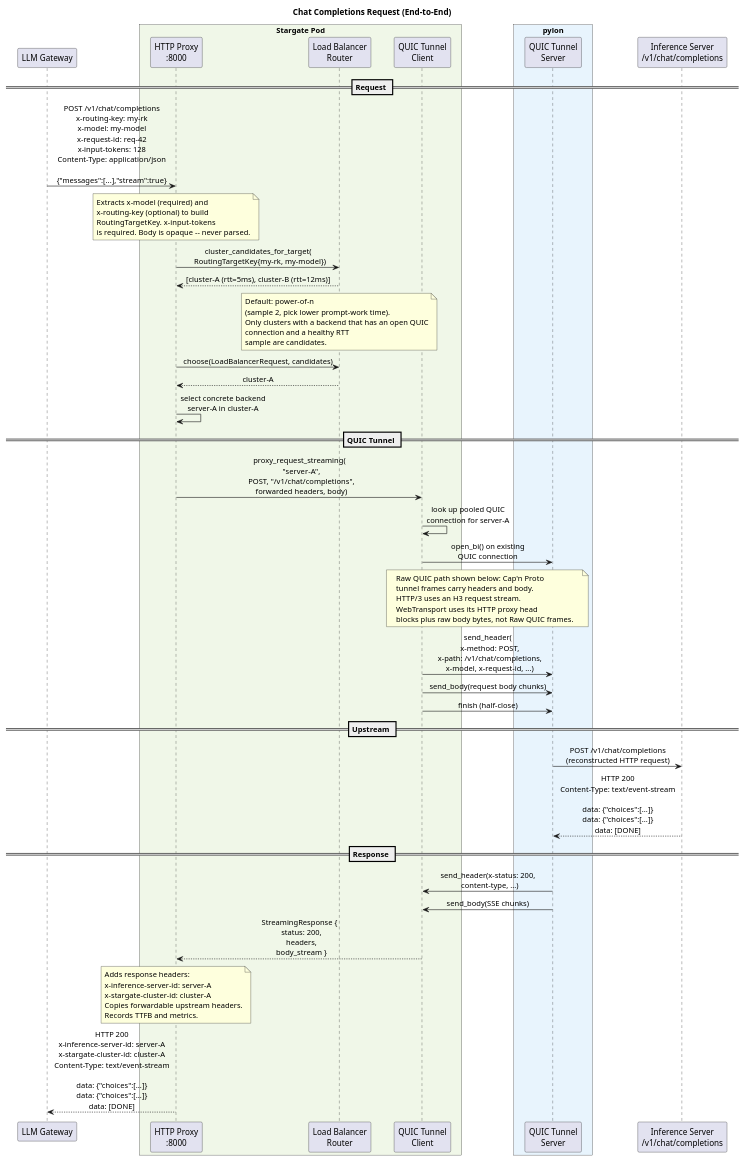
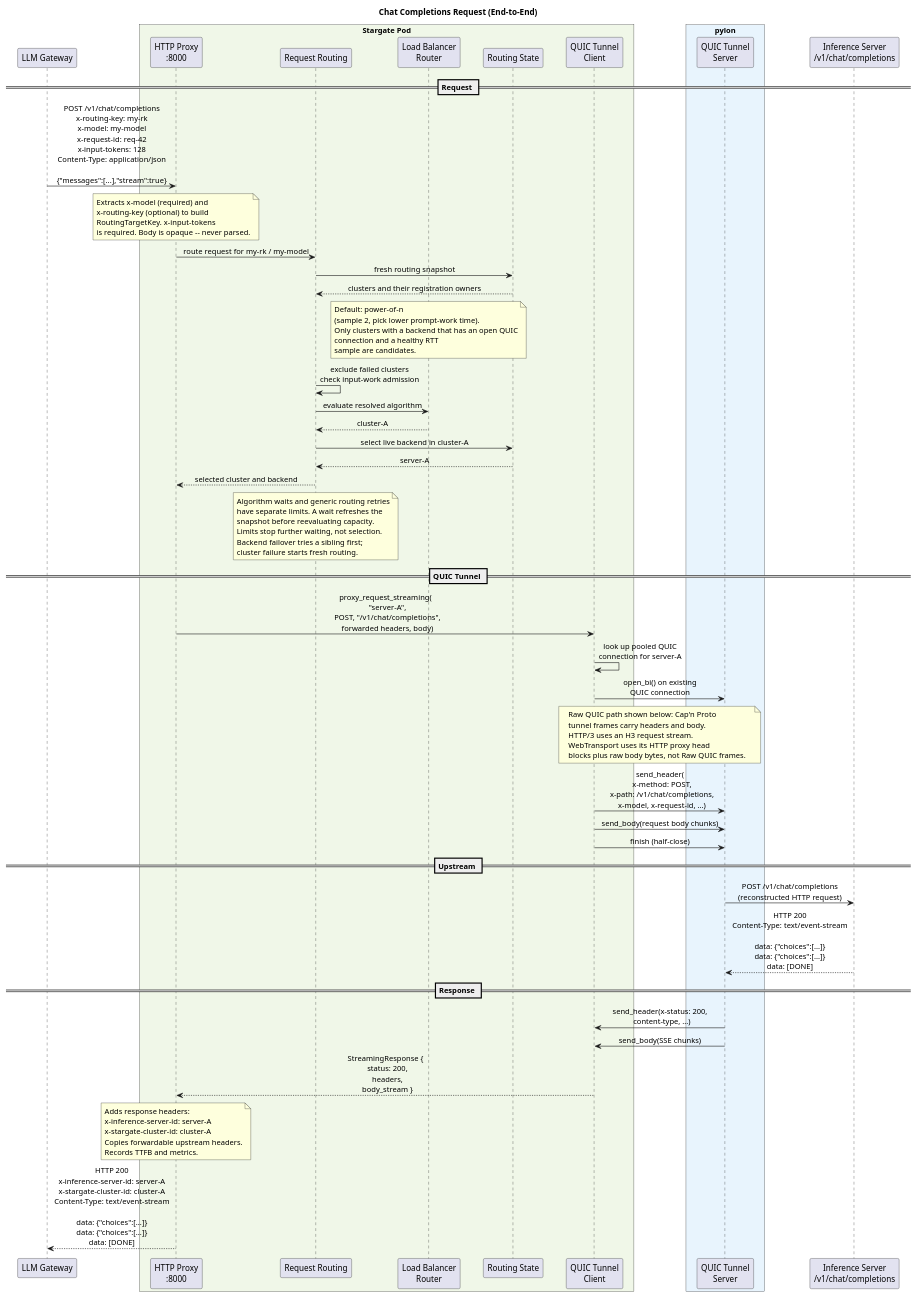
One commit to NVIDIA/nvcf changed the diagram in src/libraries/rust/stargate/docs/diagrams/chat-completions-e2e.puml. Above: the diagram before and after it, drawn with PlantUML. The commit also changed 9 other files, not shown here.

First line of the commit message:
refactor(stargate): centralize request routing

```diff
--- a/src/libraries/rust/stargate/docs/diagrams/chat-completions-e2e.puml
+++ b/src/libraries/rust/stargate/docs/diagrams/chat-completions-e2e.puml
@@ -1,88 +1,103 @@
 @startuml
 title Chat Completions Request (End-to-End)
 
 skinparam backgroundColor white
 skinparam shadowing false
 skinparam participantPadding 15
 skinparam BoxPadding 10
 skinparam sequenceMessageAlign center
 
 participant "LLM Gateway" as Gateway
 
 box "Stargate Pod" #f0f7e8
   participant "HTTP Proxy\n:8000" as Proxy
+  participant "Request Routing" as Routing
   participant "Load Balancer\nRouter" as LB
+  participant "Routing State" as State
   participant "QUIC Tunnel\nClient" as QuicProxy
 end box
 
 box "pylon" #e8f4fd
   participant "QUIC Tunnel\nServer" as TunnelSvr
 end box
 
 participant "Inference Server\n/v1/chat/completions" as Upstream
 
 == Request ==
 Gateway -> Proxy: POST /v1/chat/completions\nx-routing-key: my-rk\nx-model: my-model\nx-request-id: req-42\nx-input-tokens: 128\nContent-Type: application/json\n\n{"messages":[...],"stream":true}
 
 note over Proxy
   Extracts x-model (required) and
   x-routing-key (optional) to build
   RoutingTargetKey. x-input-tokens
   is required. Body is opaque -- never parsed.
 end note
 
-Proxy -> LB: cluster_candidates_for_target(\n  RoutingTargetKey{my-rk, my-model})
-LB --> Proxy: [cluster-A (rtt=5ms), cluster-B (rtt=12ms)]
+Proxy -> Routing: route request for my-rk / my-model
+Routing -> State: fresh routing snapshot
+State --> Routing: clusters and their registration owners
 
 note over LB
   Default: power-of-n
   (sample 2, pick lower prompt-work time).
   Only clusters with a backend that has an open QUIC
   connection and a healthy RTT
   sample are candidates.
 end note
 
-Proxy -> LB: choose(LoadBalancerRequest, candidates)
-LB --> Proxy: cluster-A
-Proxy -> Proxy: select concrete backend\nserver-A in cluster-A
+Routing -> Routing: exclude failed clusters\ncheck input-work admission
+Routing -> LB: evaluate resolved algorithm
+LB --> Routing: cluster-A
+Routing -> State: select live backend in cluster-A
+State --> Routing: server-A
+Routing --> Proxy: selected cluster and backend
+
+note over Routing
+  Algorithm waits and generic routing retries
+  have separate limits. A wait refreshes the
+  snapshot before reevaluating capacity.
+  Limits stop further waiting, not selection.
+  Backend failover tries a sibling first;
+  cluster failure starts fresh routing.
+end note
 
 == QUIC Tunnel ==
 Proxy -> QuicProxy: proxy_request_streaming(\n  "server-A",\n  POST, "/v1/chat/completions",\n  forwarded headers, body)
 
 QuicProxy -> QuicProxy: look up pooled QUIC\nconnection for server-A
 
 QuicProxy -> TunnelSvr: open_bi() on existing\nQUIC connection
 
 note over QuicProxy,TunnelSvr
   Raw QUIC path shown below: Cap'n Proto
   tunnel frames carry headers and body.
   HTTP/3 uses an H3 request stream.
   WebTransport uses its HTTP proxy head
   blocks plus raw body bytes, not Raw QUIC frames.
 end note
 
 QuicProxy -> TunnelSvr: send_header(\n  x-method: POST,\n  x-path: /v1/chat/completions,\n  x-model, x-request-id, ...)
 QuicProxy -> TunnelSvr: send_body(request body chunks)
 QuicProxy -> TunnelSvr: finish (half-close)
 
 == Upstream ==
 TunnelSvr -> Upstream: POST /v1/chat/completions\n(reconstructed HTTP request)
 Upstream --> TunnelSvr: HTTP 200\nContent-Type: text/event-stream\n\ndata: {"choices":[...]}\ndata: {"choices":[...]}\ndata: [DONE]
 
 == Response ==
 TunnelSvr -> QuicProxy: send_header(x-status: 200,\n  content-type, ...)
 TunnelSvr -> QuicProxy: send_body(SSE chunks)
 
 QuicProxy --> Proxy: StreamingResponse {\n  status: 200,\n  headers,\n  body_stream }
 
 note over Proxy
   Adds response headers:
   x-inference-server-id: server-A
   x-stargate-cluster-id: cluster-A
   Copies forwardable upstream headers.
   Records TTFB and metrics.
 end note
 
 Proxy --> Gateway: HTTP 200\nx-inference-server-id: server-A\nx-stargate-cluster-id: cluster-A\nContent-Type: text/event-stream\n\ndata: {"choices":[...]}\ndata: {"choices":[...]}\ndata: [DONE]
 
 @enduml
```
